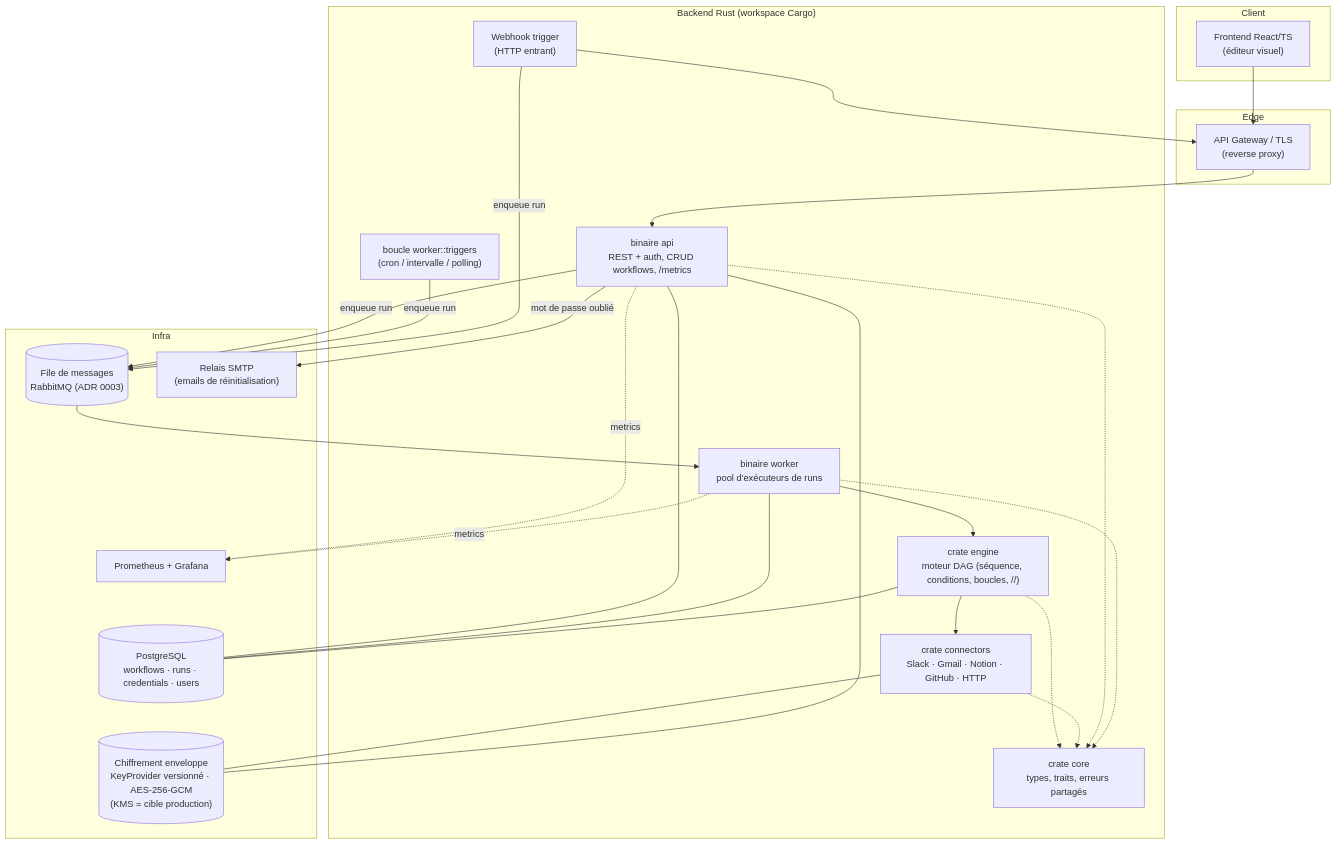
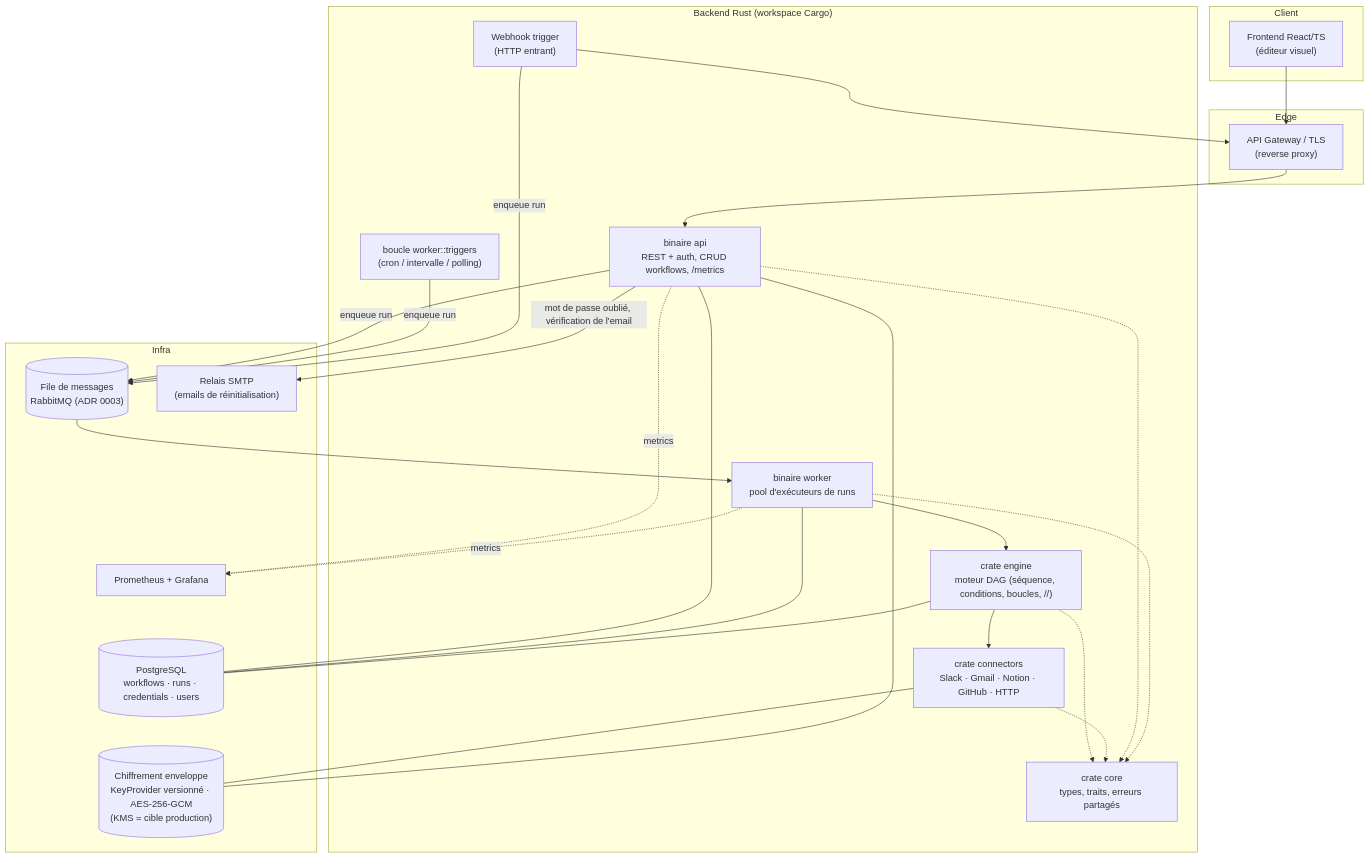
The first of 5 diagrams in docs/ARCHITECTURE.md (TheDarkMac/autome), drawn with Mermaid before and after one commit. The commit also changed other lines of this file and 4 other files, not shown here.

First line of the commit message:
docs: vérification de l'email à l'inscription (#231) [backlog-email-verification]

````diff
--- a/docs/ARCHITECTURE.md
+++ b/docs/ARCHITECTURE.md
@@ -45,48 +45,48 @@
 ```mermaid
 flowchart TB
   subgraph Client
     UI["Frontend React/TS<br/>(éditeur visuel)"]
   end
 
   subgraph Edge
     GW["API Gateway / TLS<br/>(reverse proxy)"]
   end
 
   subgraph Backend["Backend Rust (workspace Cargo)"]
     API["binaire api<br/>REST + auth, CRUD workflows, /metrics"]
     SCHED["boucle worker::triggers<br/>(cron / intervalle / polling)"]
     WHK["Webhook trigger<br/>(HTTP entrant)"]
     WK["binaire worker<br/>pool d'exécuteurs de runs"]
     ENG["crate engine<br/>moteur DAG (séquence, conditions, boucles, //)"]
     CONN["crate connectors<br/>Slack · Gmail · Notion · GitHub · HTTP"]
     CORE["crate core<br/>types, traits, erreurs partagés"]
   end
 
   subgraph Infra
     Q[("File de messages<br/>RabbitMQ (ADR 0003)")]
     DB[("PostgreSQL<br/>workflows · runs · credentials · users")]
     SEC[("Chiffrement enveloppe<br/>KeyProvider versionné · AES-256-GCM<br/>(KMS = cible production)")]
     OBS["Prometheus + Grafana"]
     SMTP["Relais SMTP<br/>(emails de réinitialisation)"]
   end
 
   UI --> GW --> API
   WHK --> GW
   API -->|enqueue run| Q
   SCHED -->|enqueue run| Q
   WHK -->|enqueue run| Q
   Q --> WK
   WK --> ENG
   ENG --> CONN
   API --- DB
   WK --- DB
   ENG --- DB
   CONN --- SEC
   API --- SEC
-  API -->|mot de passe oublié| SMTP
+  API -->|mot de passe oublié, vérification de l'email| SMTP
   API & WK -.metrics.-> OBS
   ENG -.-> CORE
   CONN -.-> CORE
   API -.-> CORE
   WK -.-> CORE
 ```
````
